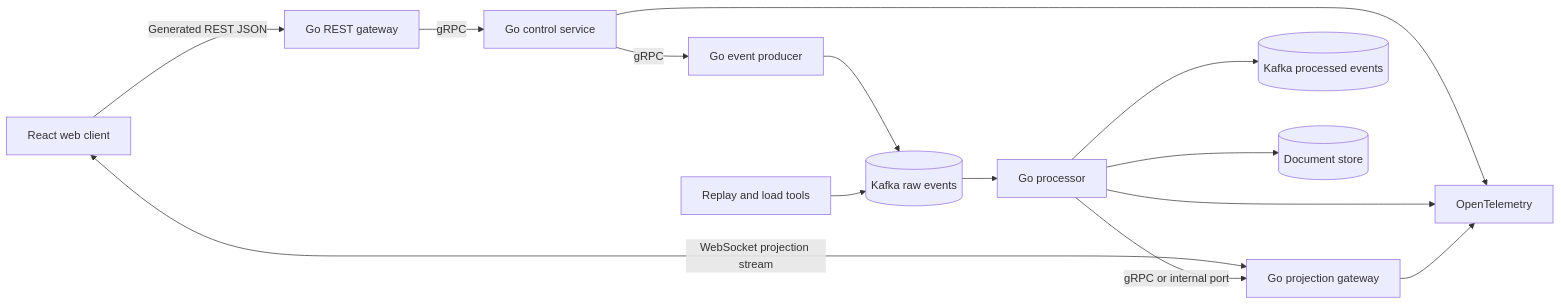
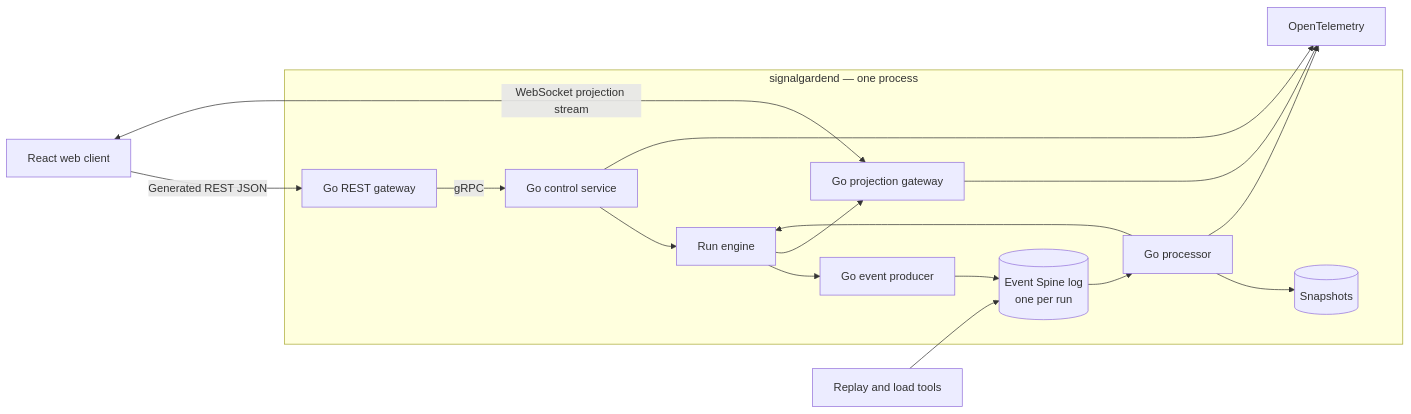
One commit to DamoDCoder/signal-garden changed the diagram in docs/architecture.md. Above: the diagram before and after it, drawn with Mermaid. The commit also changed other lines of this file and 13 other files, not shown here.

````diff
--- a/docs/architecture.md
+++ b/docs/architecture.md
@@ -5,16 +5,21 @@
 ```mermaid
 flowchart LR
     UI[React web client] -->|Generated REST JSON| Gateway[Go REST gateway]
     UI <-->|WebSocket projection stream| Projection[Go projection gateway]
-    Gateway -->|gRPC| Control[Go control service]
-    Control -->|gRPC| Producer[Go event producer]
-    Producer --> Raw[(Kafka raw events)]
-    Raw --> Processor[Go processor]
-    Processor --> Processed[(Kafka processed events)]
-    Processor -->|gRPC or internal port| Projection
-    Processor --> Store[(Document store)]
-    Replay[Replay and load tools] --> Raw
+
+    subgraph Daemon["signalgardend — one process"]
+        Gateway -->|gRPC| Control[Go control service]
+        Control --> Engine[Run engine]
+        Engine --> Producer[Go event producer]
+        Producer --> Log[(Event Spine log<br/>one per run)]
+        Log --> Processor[Go processor]
+        Processor --> Engine
+        Engine --> Projection
+        Processor --> Store[(Snapshots)]
+    end
+
+    Replay[Replay and load tools] --> Log
     Control --> Telemetry[OpenTelemetry]
     Processor --> Telemetry
     Projection --> Telemetry
 ```
````
